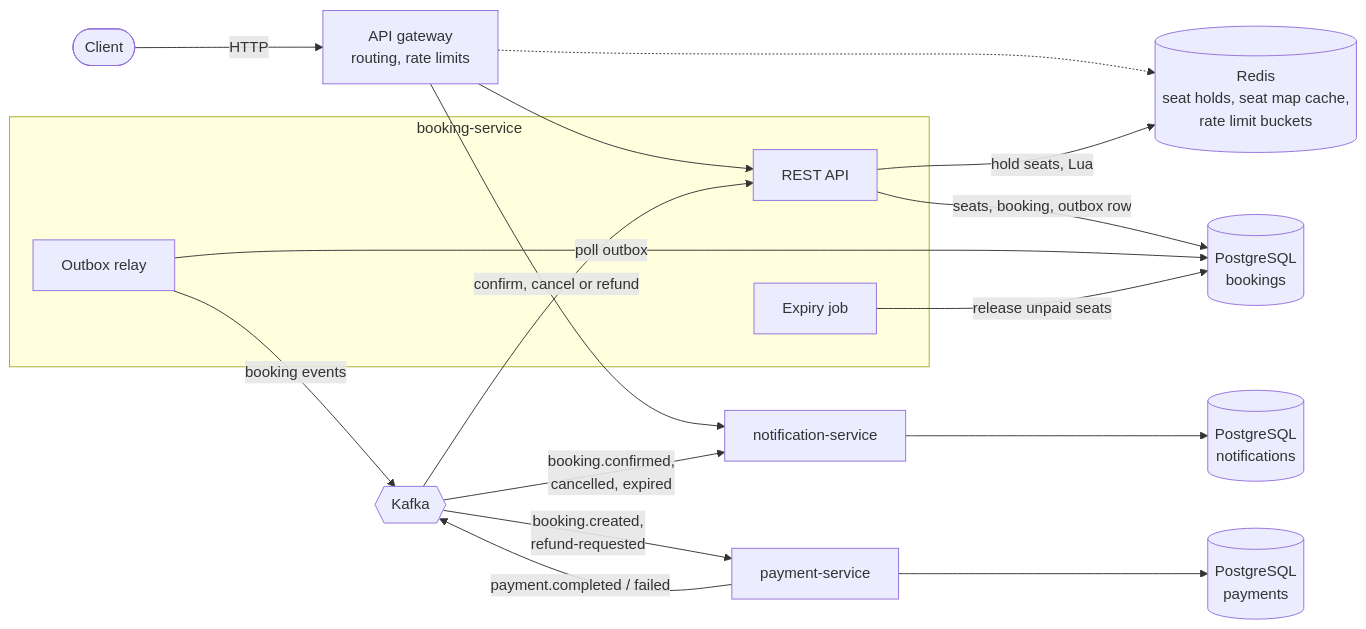
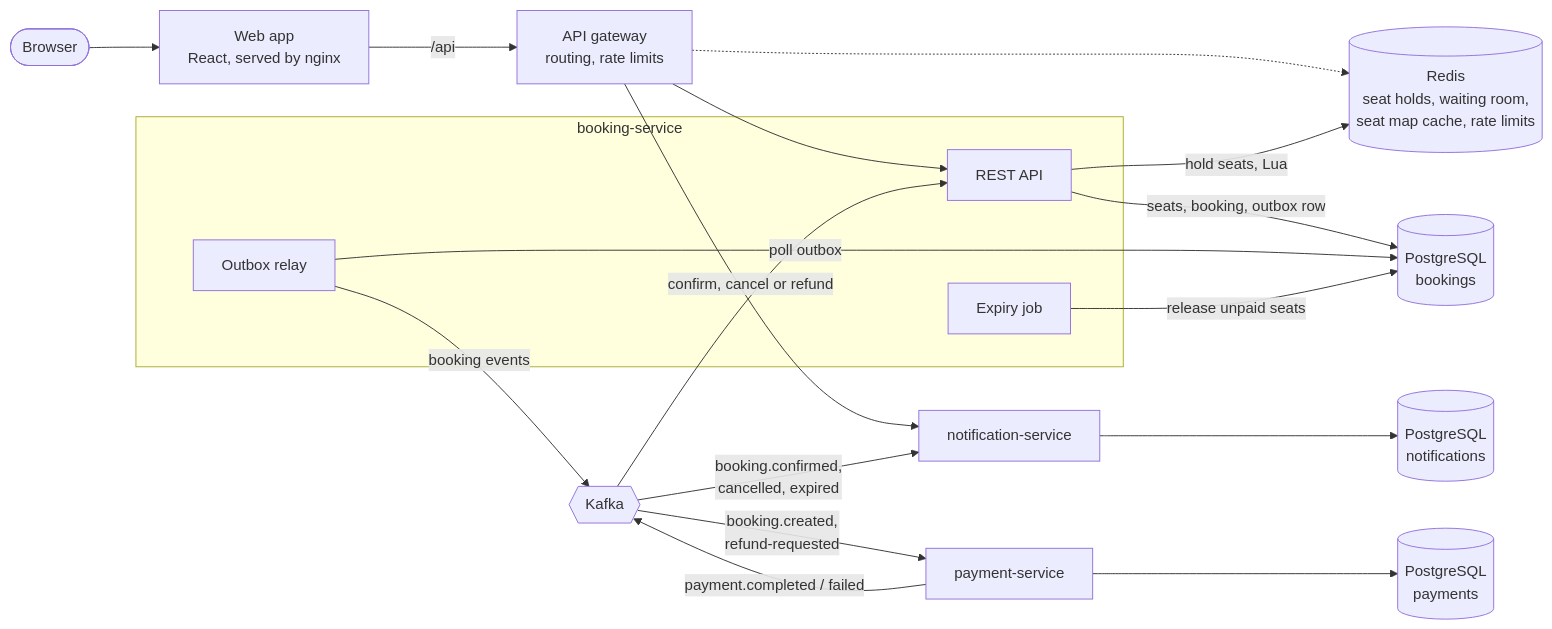
One commit to ayushkzz/seat-booking-system changed the first of 3 diagrams in README.md. Above: the diagram before and after it, drawn with Mermaid. The commit also changed other lines of this file and 4 other files, not shown here.

Commit message:
Document the waiting room and the web app

````diff
--- a/README.md
+++ b/README.md
@@ -26,33 +32,35 @@
 ```mermaid
 flowchart LR
-    client([Client])
+    client([Browser])
+    web[Web app<br/>React, served by nginx]
     gateway[API gateway<br/>routing, rate limits]
     subgraph booking-service
         api[REST API]
         relay[Outbox relay]
         expiry[Expiry job]
     end
     pay[payment-service]
     notify[notification-service]
-    redis[(Redis<br/>seat holds, seat map cache,<br/>rate limit buckets)]
+    redis[(Redis<br/>seat holds, waiting room,<br/>seat map cache, rate limits)]
     bookingsDb[(PostgreSQL<br/>bookings)]
     paymentsDb[(PostgreSQL<br/>payments)]
     notificationsDb[(PostgreSQL<br/>notifications)]
     kafka{{Kafka}}
 
-    client -->|HTTP| gateway
+    client --> web
+    web -->|/api| gateway
     gateway --> api
     gateway --> notify
     gateway -.-> redis
     api -->|hold seats, Lua| redis
     api -->|seats, booking, outbox row| bookingsDb
     relay -->|poll outbox| bookingsDb
     relay -->|booking events| kafka
     kafka -->|booking.created,<br/>refund-requested| pay
     pay --> paymentsDb
     pay -->|payment.completed / failed| kafka
     kafka -->|confirm, cancel or refund| api
     kafka -->|booking.confirmed,<br/>cancelled, expired| notify
     notify --> notificationsDb
     expiry -->|release unpaid seats| bookingsDb
 ```
````
